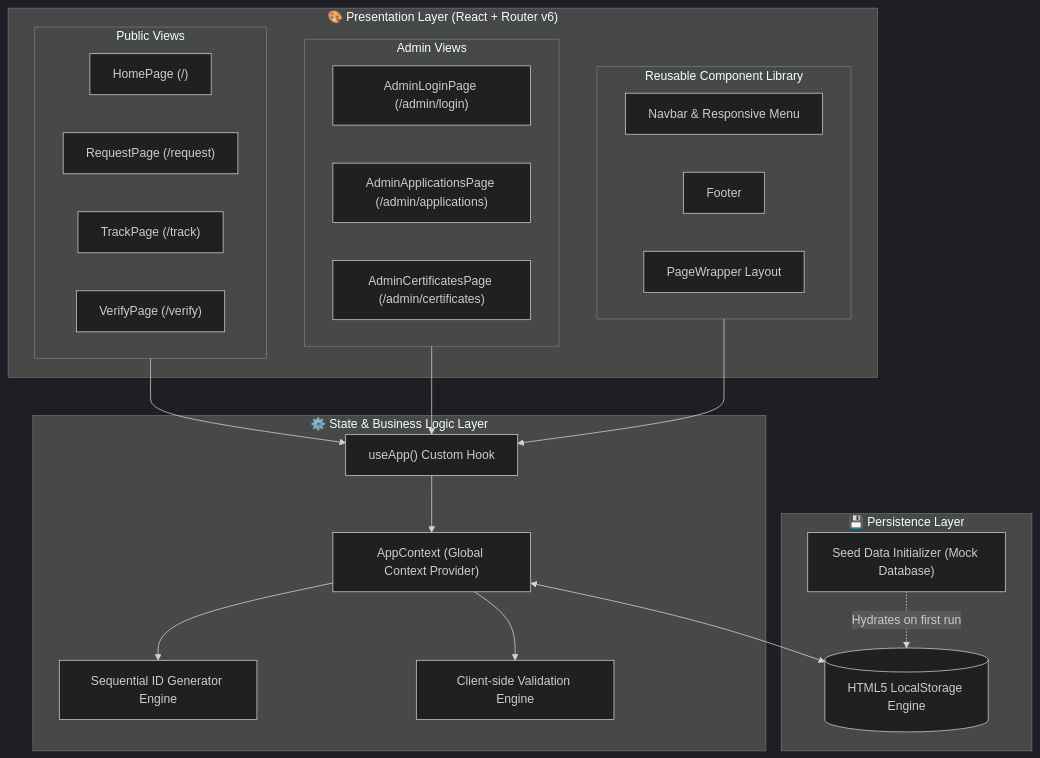
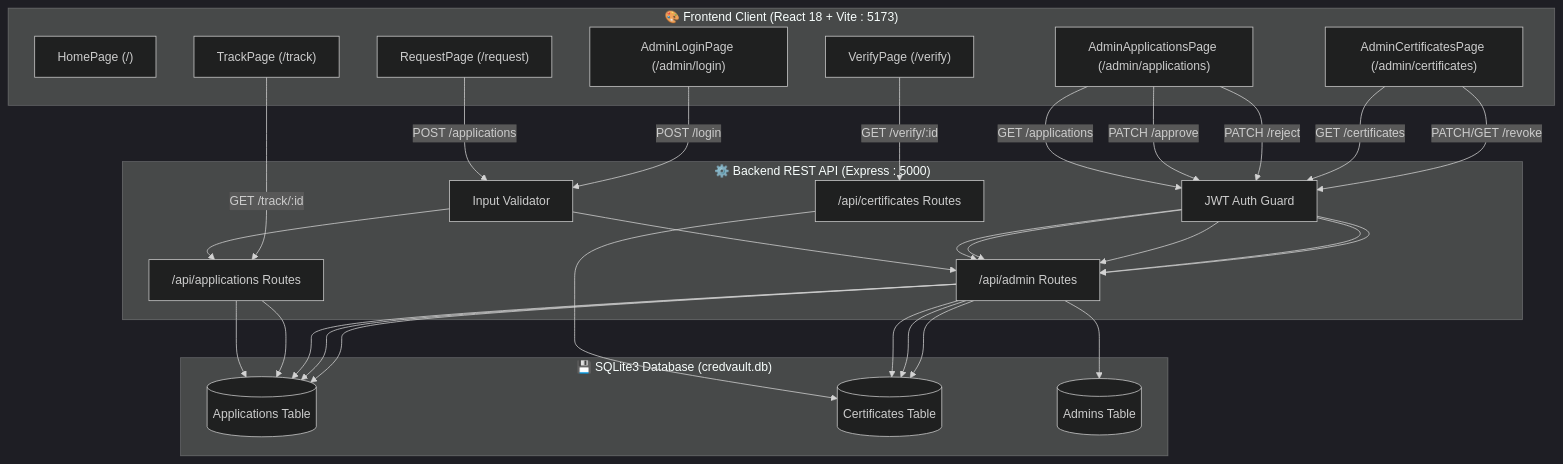
One commit to siddharth03015/ELEVATE-SDE-Task-1 changed the seventh of 7 diagrams in README.md. Above: the diagram before and after it, drawn with Mermaid (dark theme). The commit also changed other lines of this file, not shown here.

Commit message:
docs: update README with full-stack architecture, backend REST APIs, and database specifications

````diff
--- a/README.md
+++ b/README.md
@@ -339,44 +343,36 @@
 ```mermaid
 flowchart TB
-    subgraph UI_Layer ["🎨 Presentation Layer (React + Router v6)"]
-        subgraph PublicPages ["Public Views"]
-            HP["HomePage (/)"]
-            RP["RequestPage (/request)"]
-            TP["TrackPage (/track)"]
-            VP["VerifyPage (/verify)"]
-        end
-
-        subgraph AdminPages ["Admin Views"]
-            ALP["AdminLoginPage (/admin/login)"]
-            AAP["AdminApplicationsPage (/admin/applications)"]
-            ACP["AdminCertificatesPage (/admin/certificates)"]
-        end
-
-        subgraph SharedComponents ["Reusable Component Library"]
-            NAV["Navbar & Responsive Menu"]
-            FOOT["Footer"]
-            PW["PageWrapper Layout"]
-        end
+    subgraph Presentation_Layer ["🎨 Frontend Client (React 18 + Vite : 5173)"]
+        HP["HomePage (/)"]
+        RP["RequestPage (/request)"]
+        TP["TrackPage (/track)"]
+        VP["VerifyPage (/verify)"]
+        ALP["AdminLoginPage (/admin/login)"]
+        AAP["AdminApplicationsPage (/admin/applications)"]
+        ACP["AdminCertificatesPage (/admin/certificates)"]
     end
 
-    subgraph Logic_Layer ["⚙️ State & Business Logic Layer"]
-        CTX["AppContext (Global Context Provider)"]
-        HOOK["useApp() Custom Hook"]
-        ID_GEN["Sequential ID Generator Engine"]
-        VAL["Client-side Validation Engine"]
+    subgraph Service_Layer ["⚙️ Backend REST API (Express : 5000)"]
+        AUTH["JWT Auth Guard"]
+        VALID["Input Validator"]
+        AppRoutes["/api/applications Routes"]
+        CertRoutes["/api/certificates Routes"]
+        AdminRoutes["/api/admin Routes"]
     end
 
-    subgraph Storage_Layer ["💾 Persistence Layer"]
-        LS[("HTML5 LocalStorage Engine")]
-        SEED["Seed Data Initializer (Mock Database)"]
+    subgraph Persistence_Layer ["💾 SQLite3 Database (credvault.db)"]
+        T_APP[("Applications Table")]
+        T_CERT[("Certificates Table")]
+        T_ADM[("Admins Table")]
     end
 
-    PublicPages --> HOOK
-    AdminPages --> HOOK
-    SharedComponents --> HOOK
-    HOOK --> CTX
-    CTX --> ID_GEN
-    CTX --> VAL
-    CTX <--> LS
-    SEED -.->|Hydrates on first run| LS
+    RP -->|POST /applications| VALID --> AppRoutes --> T_APP
+    TP -->|GET /track/:id| AppRoutes --> T_APP
+    VP -->|GET /verify/:id| CertRoutes --> T_CERT
+    ALP -->|POST /login| VALID --> AdminRoutes --> T_ADM
+    AAP -->|GET /applications| AUTH --> AdminRoutes --> T_APP
+    AAP -->|PATCH /approve| AUTH --> AdminRoutes --> T_APP & T_CERT
+    AAP -->|PATCH /reject| AUTH --> AdminRoutes --> T_APP
+    ACP -->|GET /certificates| AUTH --> AdminRoutes --> T_CERT
+    ACP -->|PATCH/GET /revoke| AUTH --> AdminRoutes --> T_CERT
 ```
````
